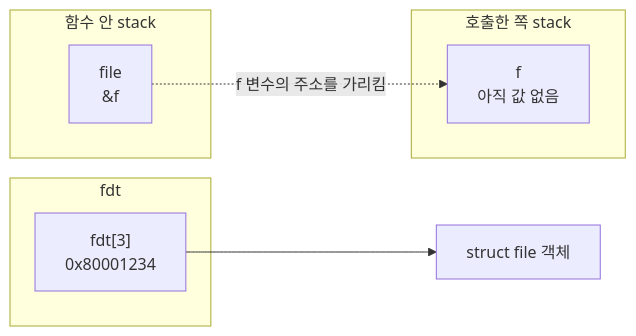
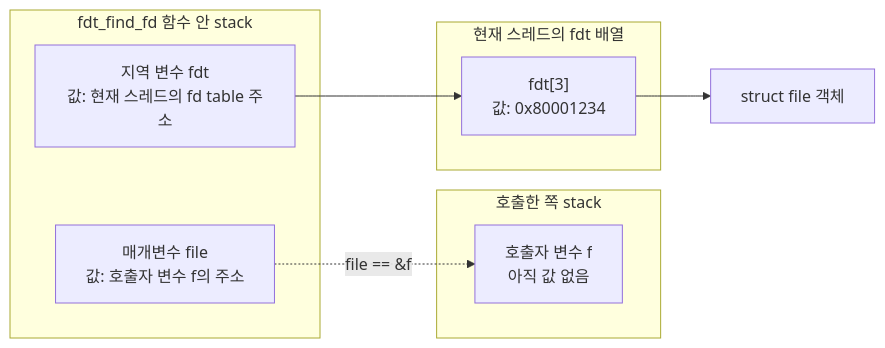
The third of 4 diagrams in docs/트러블슈팅/syscall-구현-전-필수-학습.md (Jungle-12-303/week09-team-04-pintos-threads), drawn with Mermaid before and after one commit. The commit also changed other lines of this file, not shown here.

Commit message:
Clarify double pointer Mermaid diagrams

````diff
--- a/docs/트러블슈팅/syscall-구현-전-필수-학습.md
+++ b/docs/트러블슈팅/syscall-구현-전-필수-학습.md
@@ -270,19 +270,21 @@
 ```mermaid
 flowchart LR
 	subgraph Caller["호출한 쪽 stack"]
-		f["f<br/>아직 값 없음"]
+		f["호출자 변수 f<br/>아직 값 없음"]
 	end
 
-	subgraph Callee["함수 안 stack"]
-		file["file<br/>&f"]
+	subgraph Callee["fdt_find_fd 함수 안 stack"]
+		file["매개변수 file<br/>값: 호출자 변수 f의 주소"]
+		fdtLocal["지역 변수 fdt<br/>값: 현재 스레드의 fd table 주소"]
 	end
 
-	subgraph FDT["fdt"]
-		fdt3["fdt[3]<br/>0x80001234"]
+	subgraph FDT["현재 스레드의 fdt 배열"]
+		fdt3["fdt[3]<br/>값: 0x80001234"]
 	end
 
 	obj["struct file 객체"]
 
-	file -. "f 변수의 주소를 가리킴" .-> f
+	file -. "file == &f" .-> f
+	fdtLocal --> fdt3
 	fdt3 --> obj
 ```
````
